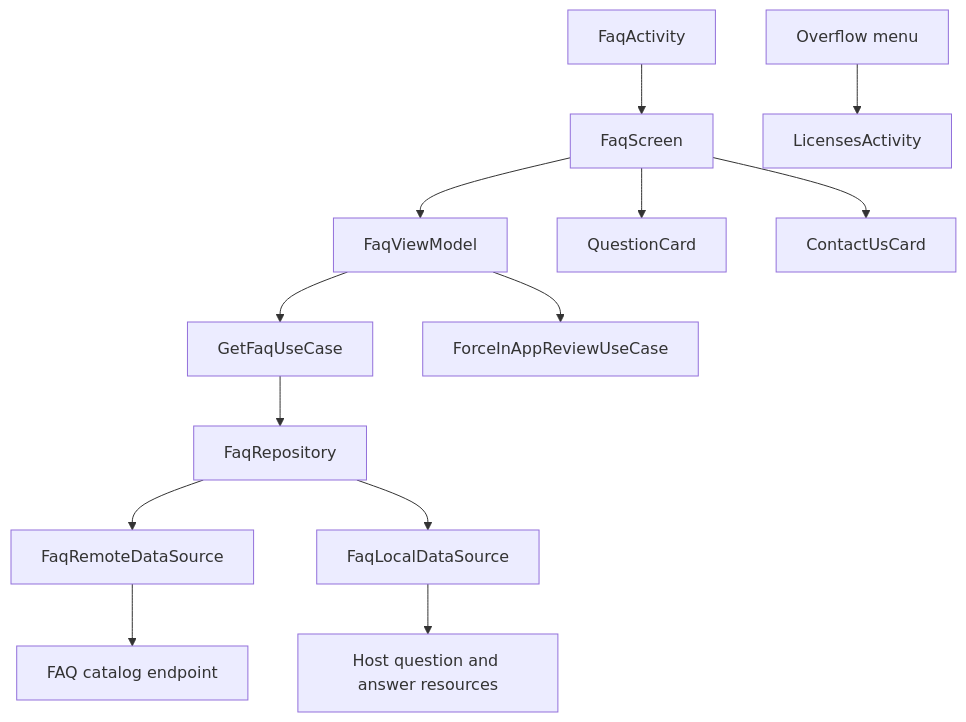
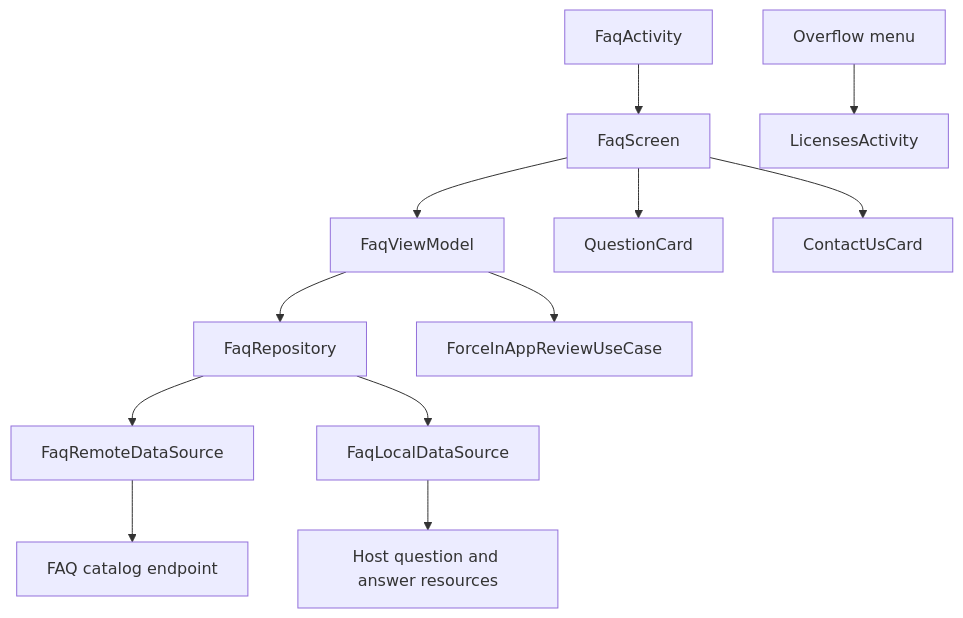
The diagram in library/feature/faq/README.md (MihaiCristianCondrea/App-Toolkit-for-Android), drawn with Mermaid before and after one commit. The commit also changed other lines of this file and 22 other files, not shown here.

````diff
--- a/library/feature/faq/README.md
+++ b/library/feature/faq/README.md
@@ -81,15 +80,14 @@
 ```mermaid
 flowchart TD
     Screen[FaqScreen] --> VM[FaqViewModel]
     Activity[FaqActivity] --> Screen
-    VM --> UseCase[GetFaqUseCase]
-    UseCase --> Repo[FaqRepository]
+    VM --> Repo[FaqRepository]
     Repo --> Remote[FaqRemoteDataSource]
     Remote --> Catalog[FAQ catalog endpoint]
     Repo --> Local[FaqLocalDataSource]
     Local --> Resources[Host question and answer resources]
     Screen --> Card[QuestionCard]
     Screen --> Contact[ContactUsCard]
     VM --> Review[ForceInAppReviewUseCase]
     Menu[Overflow menu] --> Licenses[LicensesActivity]
 ```
````
